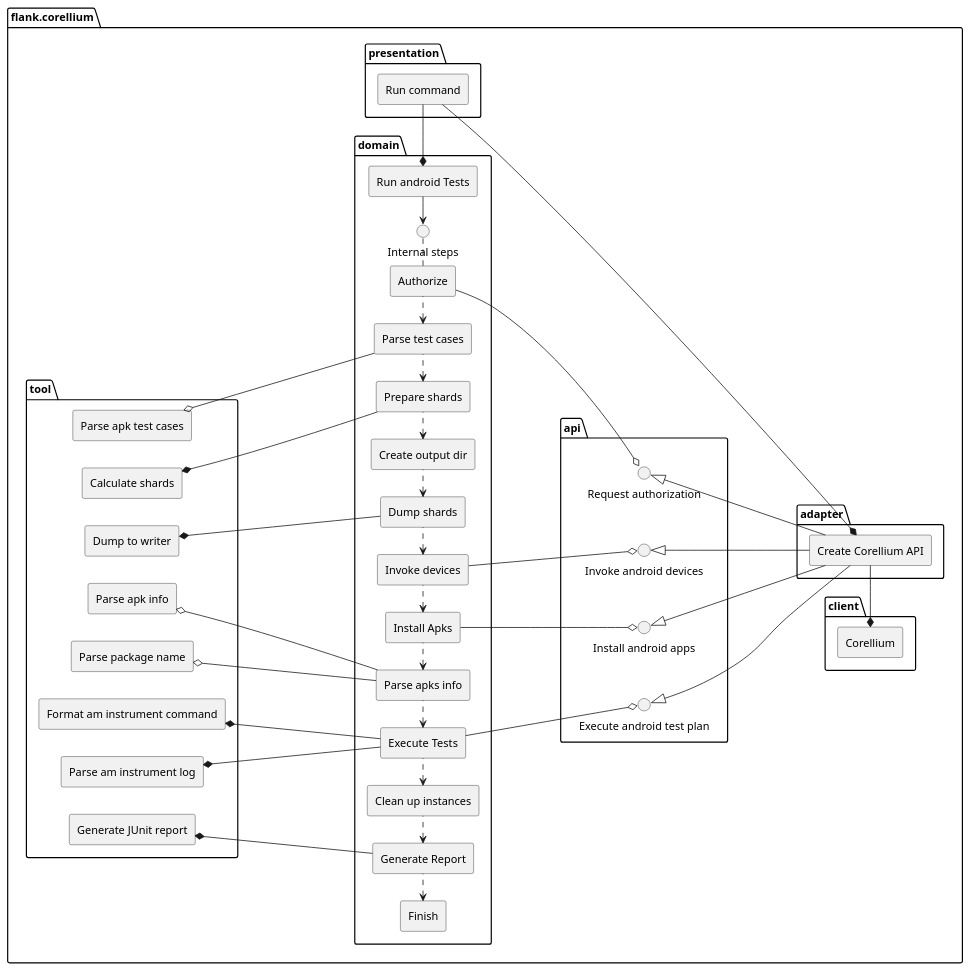
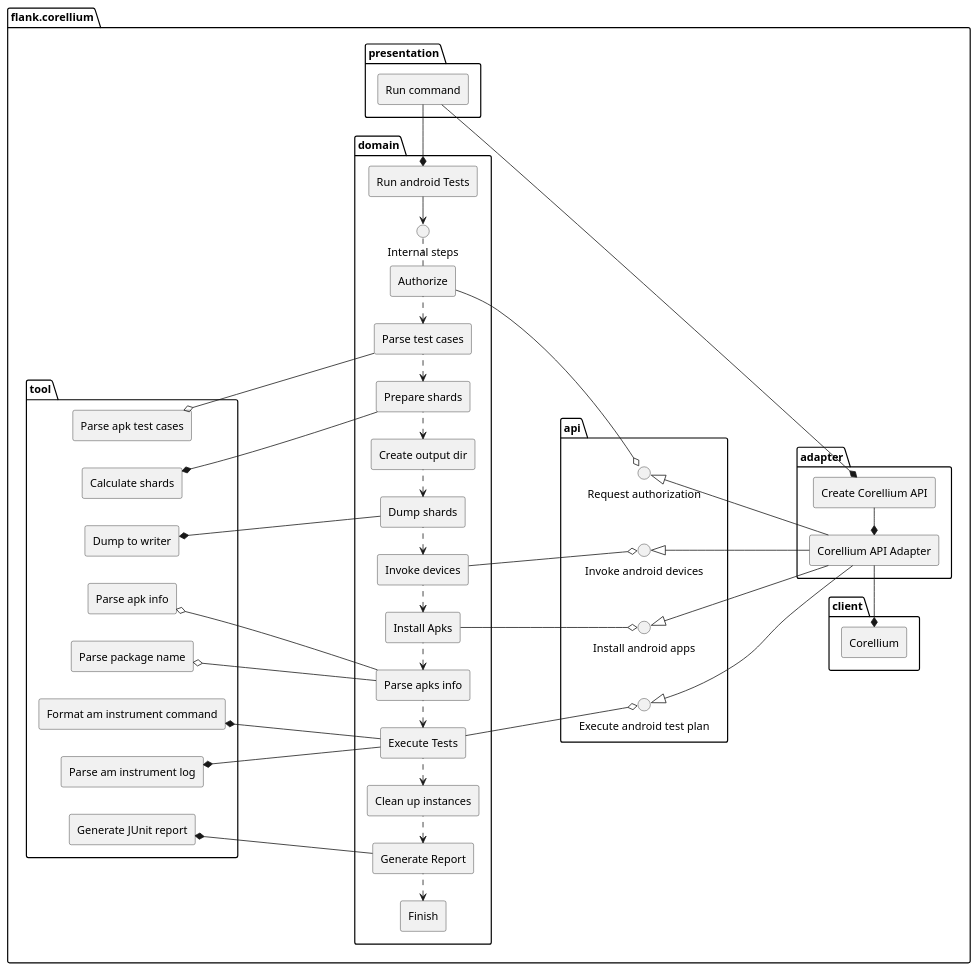
One commit to Flank/flank changed the diagram in docs/corellium/run-test-android.puml. Above: the diagram before and after it, drawn with PlantUML. The commit also changed 2 other files, not shown here.

```diff
--- a/docs/corellium/run-test-android.puml
+++ b/docs/corellium/run-test-android.puml
@@ -1,102 +1,104 @@
 @startuml
 
 '----------------- Style
 
 skinparam componentStyle rectangle
 left to right direction
 
 '----------------- Structures
 
 package flank.corellium {
 package presentation {
 [Run command]
 }
 package domain {
 [Run android Tests]
 () "Internal steps"
 [Authorize]
 [Parse test cases]
 [Prepare shards]
 [Create output dir]
 [Dump shards]
 [Invoke devices]
 [Install Apks]
 [Parse apks info]
 [Execute Tests]
 [Clean up instances]
 [Generate Report]
 [Finish]
 }
 package tool {
 [Generate JUnit report]
 [Parse am instrument log]
 [Format am instrument command]
 [Parse package name]
 [Parse apk info]
 [Dump to writer]
 [Calculate shards]
 [Parse apk test cases]
 }
 package api {
 () "Invoke android devices"
 () "Install android apps"
 () "Execute android test plan"
 () "Request authorization"
 }
 package adapter {
 [Create Corellium API]
+[Corellium API Adapter]
 }
 package client {
 [Corellium]
 }
 }
 
 '----------------- Relations
 
 [Run command] -----* [Create Corellium API]
 [Run command] -left-* [Run android Tests]
 
 [Run android Tests] -left-> () "Internal steps"
 () "Internal steps" .left- [Authorize]
 
 [Authorize] .left-> [Parse test cases]
 [Parse test cases] .left-> [Prepare shards]
 [Prepare shards] .left-> [Create output dir]
 [Create output dir] .left-> [Dump shards]
 [Dump shards] .left-> [Invoke devices]
 [Invoke devices] .left-> [Install Apks]
 [Install Apks] .left-> [Parse apks info]
 [Parse apks info] .left-> [Execute Tests]
 [Execute Tests] .left-> [Clean up instances]
 [Clean up instances] .left-> [Generate Report]
 [Generate Report] .left-> [Finish]
 
 [Authorize] --o () "Request authorization"
 
 [Parse apk test cases] o-down--- [Parse test cases]
 
 [Calculate shards] *-down- [Prepare shards]
 
 [Dump to writer] *-down- [Dump shards]
 
 [Invoke devices] --o () "Invoke android devices"
 
 [Install Apks] --o () "Install android apps"
 
 [Parse package name] o-down- [Parse apks info]
 [Parse apk info] o-down- [Parse apks info]
 
 [Format am instrument command] *-down- [Execute Tests]
 [Execute Tests] --o [Execute android test plan]
 [Parse am instrument log] *-down- [Execute Tests]
 
 [Generate JUnit report] *-down- [Generate Report]
 
-[Request authorization] <|--- [Create Corellium API]
-[Install android apps] <|-- [Create Corellium API]
-[Invoke android devices] <|-- [Create Corellium API]
-[Execute android test plan] <|-- [Create Corellium API]
+[Request authorization] <|--- [Corellium API Adapter]
+[Install android apps] <|-- [Corellium API Adapter]
+[Invoke android devices] <|-- [Corellium API Adapter]
+[Execute android test plan] <|-- [Corellium API Adapter]
 
-[Create Corellium API] -left-* [Corellium]
+[Create Corellium API] -left-* [Corellium API Adapter]
+[Corellium API Adapter] -left-* [Corellium]
 
 @enduml
```
